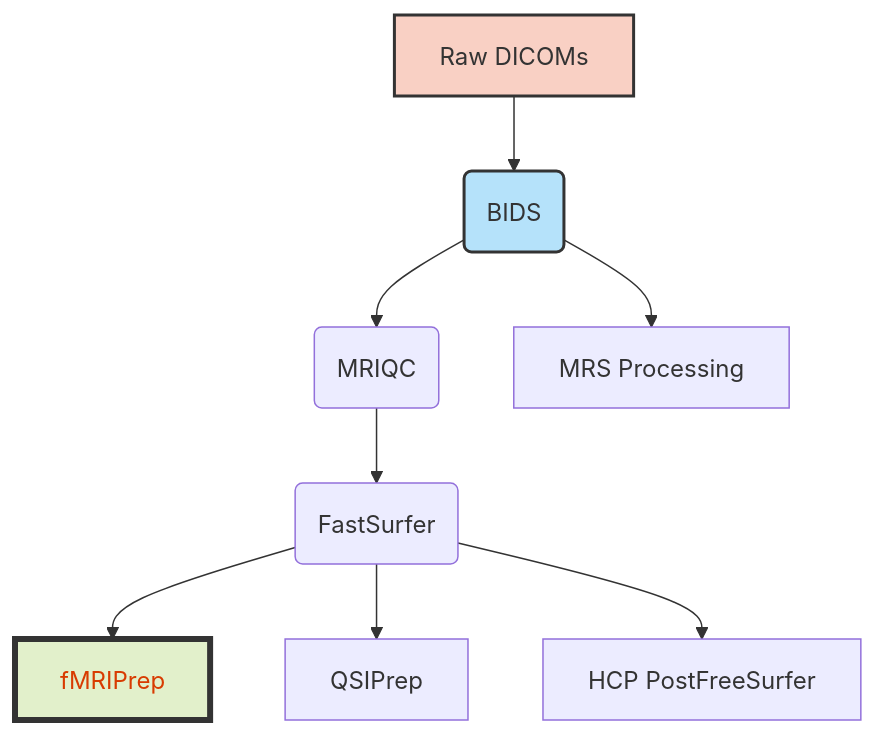
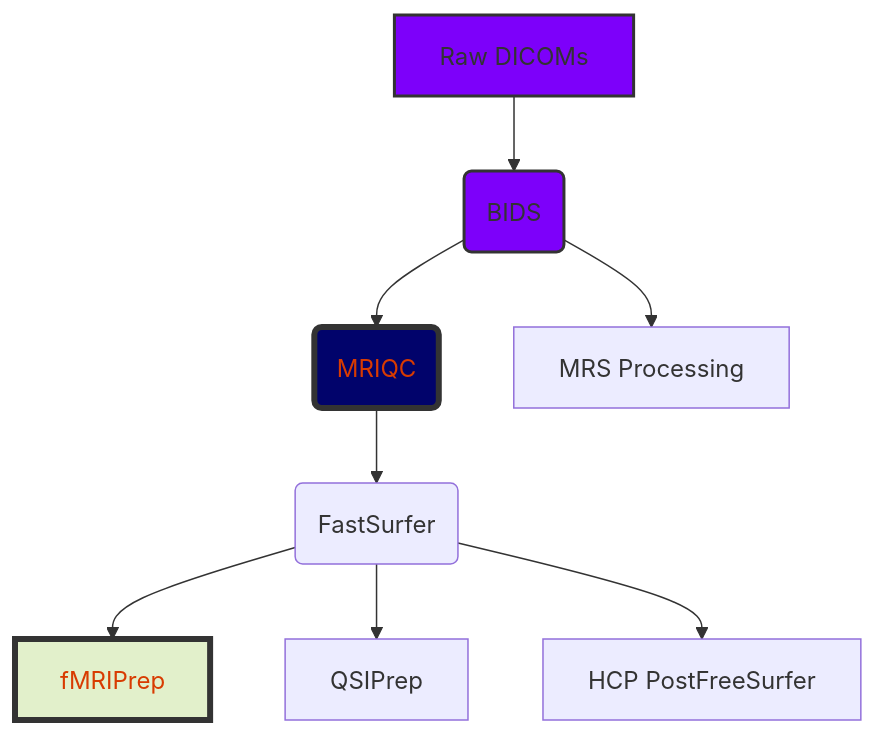
Before and after one commit to Daniel-Halls/mindquad: the diagram in README.md, drawn with Mermaid.

````diff
--- a/README.md
+++ b/README.md
@@ -9,14 +9,15 @@
 ```mermaid
 graph TD
     A[Raw DICOMs] --> B(BIDS)
     B -->C(MRIQC)
     B --> H[MRS Processing]
     C -->D(FastSurfer)
     D -->E[fMRIPrep]
     D -->F[QSIPrep]    
     D --> G[HCP PostFreeSurfer]
 
-    style A fill:#f9d0c4,stroke:#333,stroke-width:2px
-    style B fill:#b5e2fa,stroke:#333,stroke-width:2px
+    style A fill:#7d00fa,stroke:#333,stroke-width:2px
+    style B fill:#7d00fa,stroke:#333,stroke-width:2px
+    style C fill:#01036b,stroke:#333,stroke-width:4px,color:#d83b01
     style E fill:#e2f0cb,stroke:#333,stroke-width:4px,color:#d83b01
 ```
````
